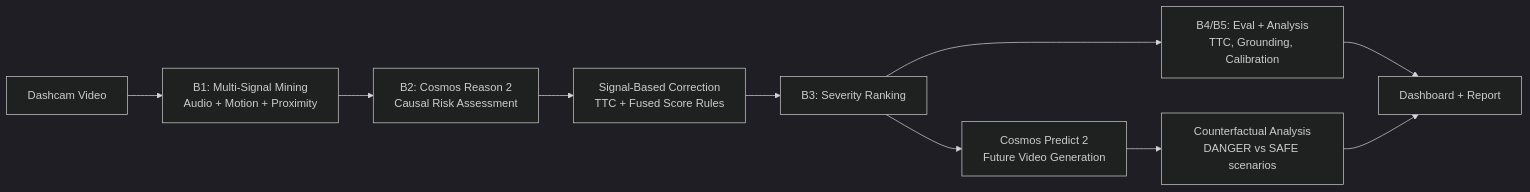
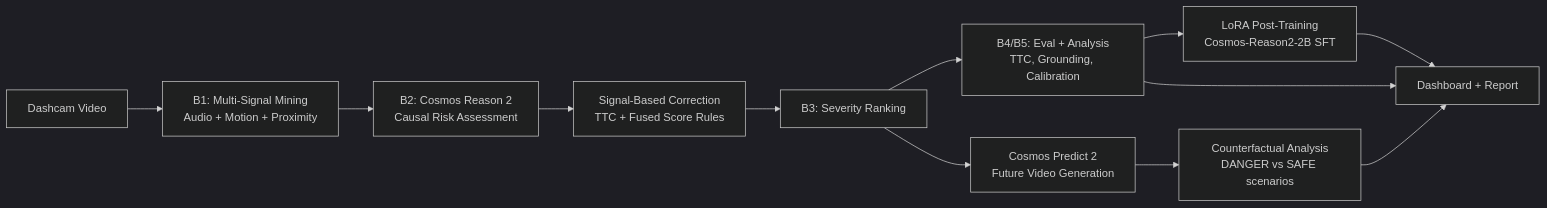
Before and after one commit to maruyamakoju/autorisk-rm: the diagram in README.md, drawn with Mermaid (dark theme). The commit also changed other lines of this file and 7 other files, not shown here.

First line of the commit message:
feat: add LoRA post-training pipeline for Cosmos-Reason2-2B

````diff
--- a/README.md
+++ b/README.md
@@ -39,12 +40,14 @@
 ```mermaid
 graph LR
     A[Dashcam Video] --> B1["B1: Multi-Signal Mining<br/>Audio + Motion + Proximity"]
     B1 --> B2["B2: Cosmos Reason 2<br/>Causal Risk Assessment"]
     B2 --> C["Signal-Based Correction<br/>TTC + Fused Score Rules"]
     C --> B3["B3: Severity Ranking"]
     B3 --> B4["B4/B5: Eval + Analysis<br/>TTC, Grounding, Calibration"]
     B3 --> P2["Cosmos Predict 2<br/>Future Video Generation"]
     P2 --> CF["Counterfactual Analysis<br/>DANGER vs SAFE scenarios"]
+    B4 --> LR["LoRA Post-Training<br/>Cosmos-Reason2-2B SFT"]
     B4 --> D["Dashboard + Report"]
     CF --> D
+    LR --> D
 ```
````
